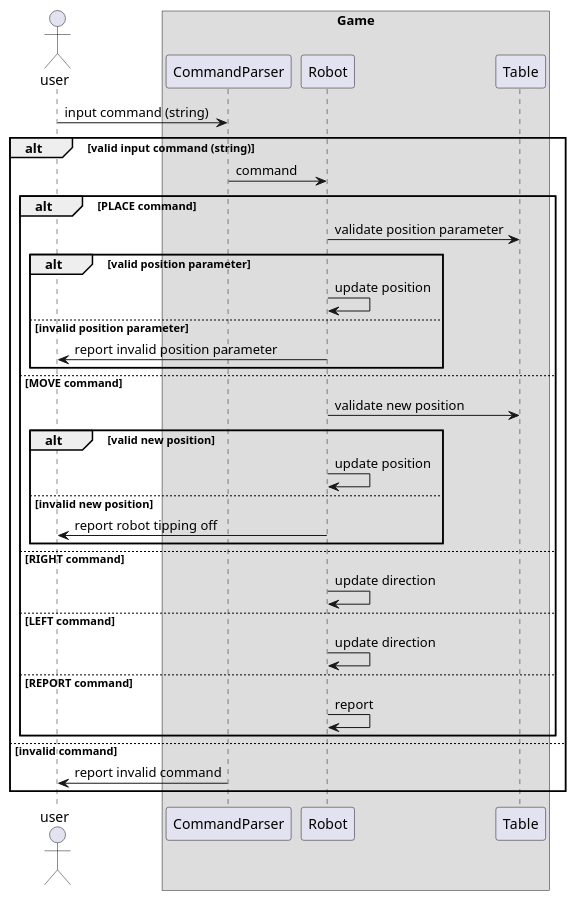
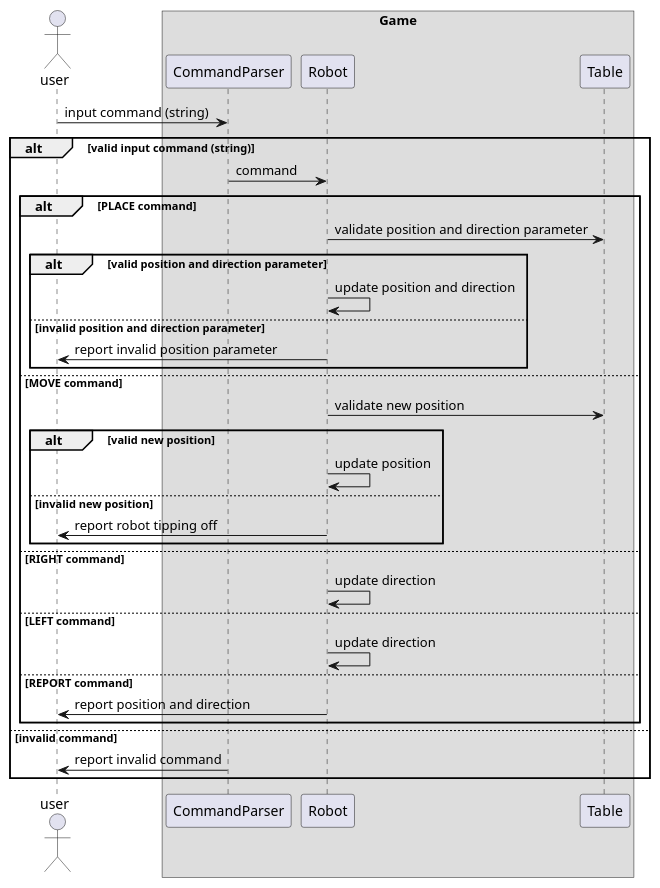
Before and after one commit to acebelaro/ToyRobot_AceBelaro: the diagram in doc/puml/sequence.puml, drawn with PlantUML. The commit also changed 1 other file, not shown here.

Commit message:
- corrected sequence diagram

```diff
--- a/doc/puml/sequence.puml
+++ b/doc/puml/sequence.puml
@@ -1,64 +1,64 @@
 @startuml
 
 actor user
 box Game
 participant CommandParser
 participant Robot
 participant Table
 end box
 
 user -> CommandParser : input command (string)
 
 alt valid input command (string)
 
 CommandParser -> Robot : command
 
 alt PLACE command
 
-Robot -> Table : validate position parameter
+Robot -> Table : validate position and direction parameter
 
-alt valid position parameter
+alt valid position and direction parameter
 
-Robot -> Robot : update position
+Robot -> Robot : update position and direction
 
-else invalid position parameter
+else invalid position and direction parameter
 
 Robot -> user : report invalid position parameter
 
 end
 
 else MOVE command
 
 Robot -> Table : validate new position
 
 alt valid new position 
 
 Robot -> Robot : update position
 
 else invalid new position 
 
 Robot -> user : report robot tipping off
 
 end
 
 else RIGHT command
 
 Robot -> Robot : update direction
 
 else LEFT command
 
 Robot -> Robot : update direction
 
 else REPORT command
 
-Robot -> Robot : report
+Robot -> user : report position and direction
 
 end
 
 else invalid command
 
 CommandParser -> user : report invalid command
 
 end
 
 @enduml
```
